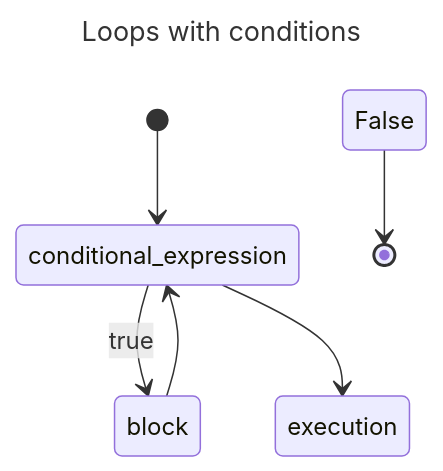
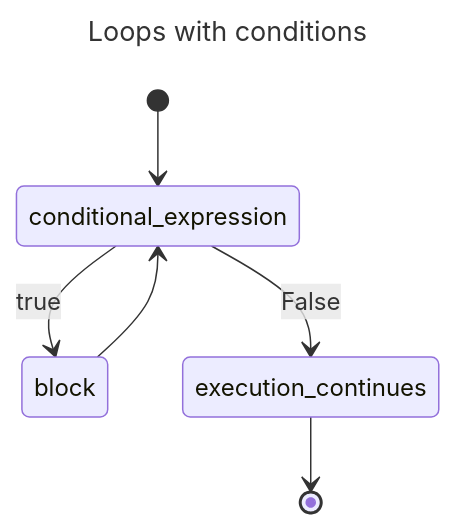
One commit to TuanDao-0110/Python_Course changed the fourth of 7 diagrams in readme.md. Above: the diagram before and after it, drawn with Mermaid. The commit also changed other lines of this file and 6 other files, not shown here.

````diff
--- a/readme.md
+++ b/readme.md
@@ -165,11 +162,11 @@
 ```mermaid
 ---
 title: Loops with conditions
 ---
 stateDiagram-v2
     [*] --> conditional_expression
     conditional_expression --> block :true
     block --> conditional_expression
-    conditional_expression --> execution continues :False
-    execution continues --> [*]
+    conditional_expression --> execution_continues :False
+    execution_continues --> [*]
 ```
````
